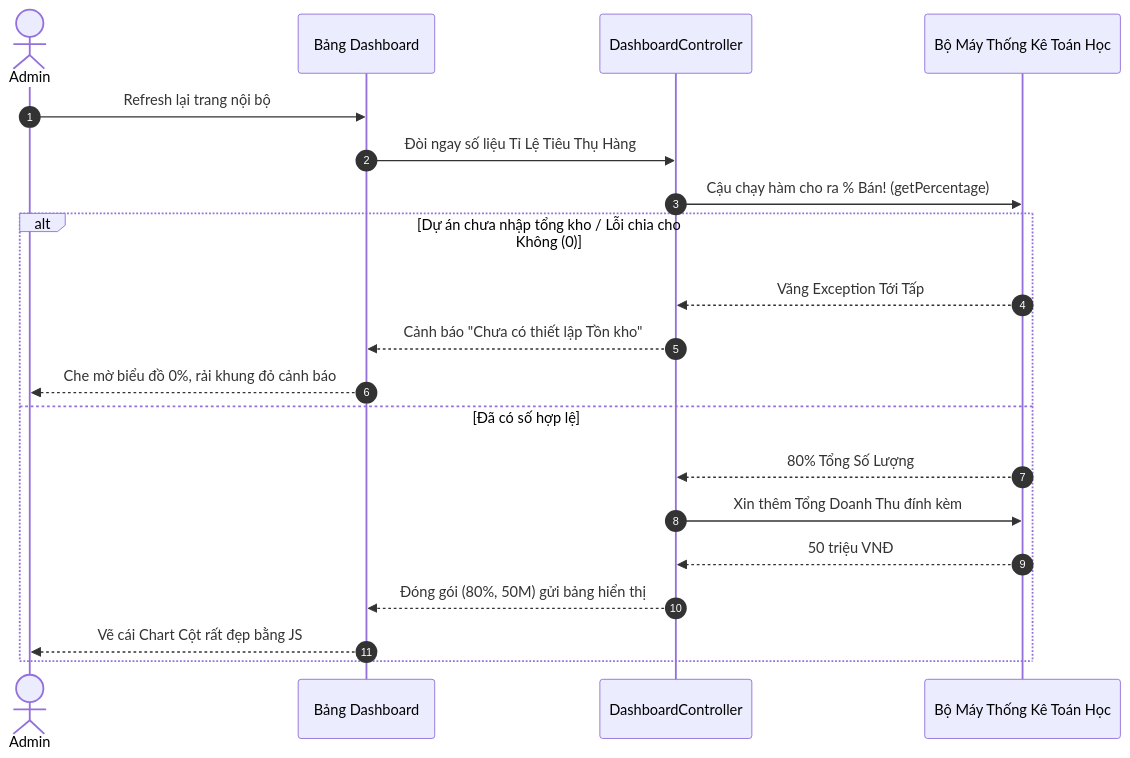
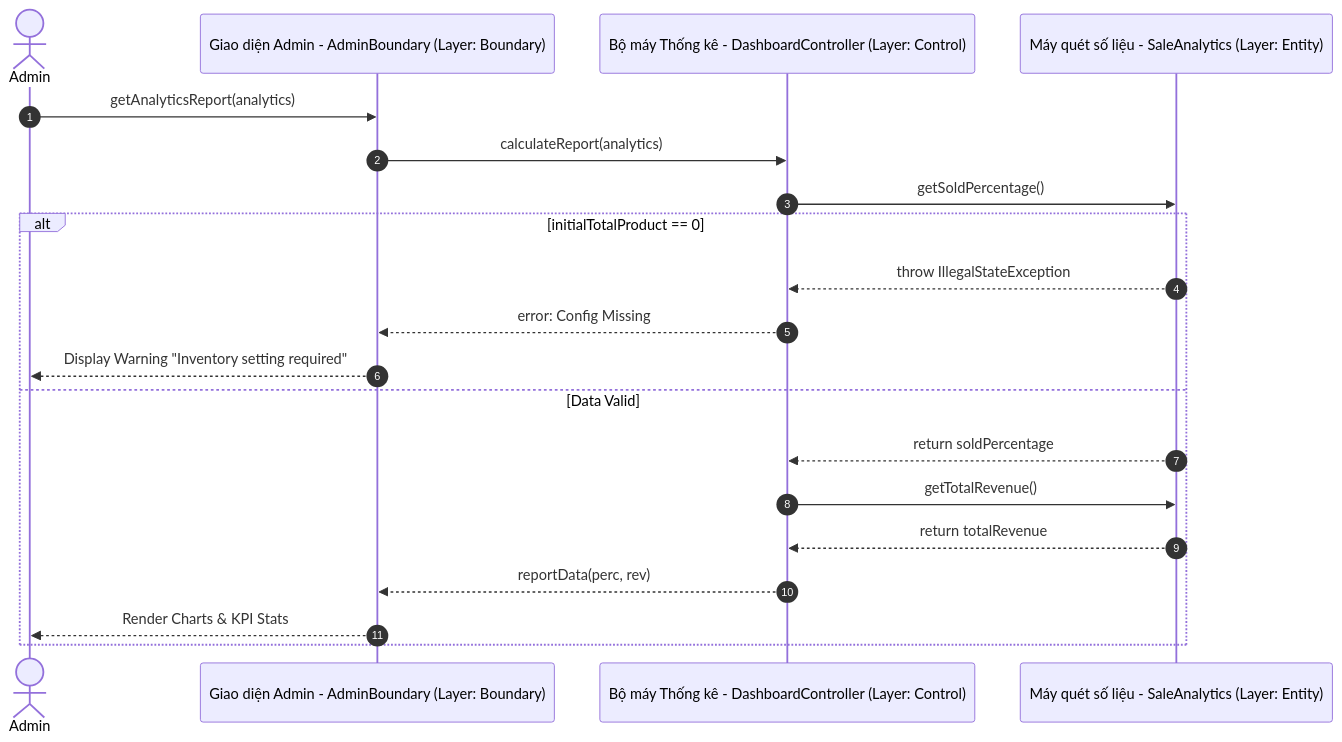
Before and after one commit to BestHoaBonn/flashsaledemo: the fifth of 6 diagrams in flashsale_diagrams.md, drawn with Mermaid. The commit also changed other lines of this file and 15 other files, not shown here.

Commit message:
feat: implement flash sale core entities and BDD test suite for campaign management, inventory, and analytics

````diff
--- a/flashsale_diagrams.md
+++ b/flashsale_diagrams.md
@@ -246,24 +250,24 @@
 ```mermaid
 sequenceDiagram
     autonumber
     actor Admin
-    participant UI as Bảng Dashboard
-    participant Control as DashboardController
-    participant Entity as Bộ Máy Thống Kê Toán Học
+    participant Boundary as Giao diện Admin - AdminBoundary (Layer: Boundary)
+    participant Control as Bộ máy Thống kê - DashboardController (Layer: Control)
+    participant Entity as Máy quét số liệu - SaleAnalytics (Layer: Entity)
 
-    Admin->>UI: Refresh lại trang nội bộ
-    UI->>Control: Đòi ngay số liệu Tỉ Lệ Tiêu Thụ Hàng
-    Control->>Entity: Cậu chạy hàm cho ra % Bán! (getPercentage)
+    Admin->>Boundary: getAnalyticsReport(analytics)
+    Boundary->>Control: calculateReport(analytics)
+    Control->>Entity: getSoldPercentage()
     
-    alt Dự án chưa nhập tổng kho / Lỗi chia cho Không (0)
-        Entity-->>Control: Văng Exception Tới Tấp
-        Control-->>UI: Cảnh báo "Chưa có thiết lập Tồn kho"
-        UI-->>Admin: Che mờ biểu đồ 0%, rải khung đỏ cảnh báo
-    else Đã có số hợp lệ
-        Entity-->>Control: 80% Tổng Số Lượng
-        Control->>Entity: Xin thêm Tổng Doanh Thu đính kèm
-        Entity-->>Control: 50 triệu VNĐ
-        Control-->>UI: Đóng gói (80%, 50M) gửi bảng hiển thị
-        UI-->>Admin: Vẽ cái Chart Cột rất đẹp bằng JS
+    alt initialTotalProduct == 0
+        Entity-->>Control: throw IllegalStateException
+        Control-->>Boundary: error: Config Missing
+        Boundary-->>Admin: Display Warning "Inventory setting required"
+    else Data Valid
+        Entity-->>Control: return soldPercentage
+        Control->>Entity: getTotalRevenue()
+        Entity-->>Control: return totalRevenue
+        Control-->>Boundary: reportData(perc, rev)
+        Boundary-->>Admin: Render Charts & KPI Stats
     end
 ```
````
